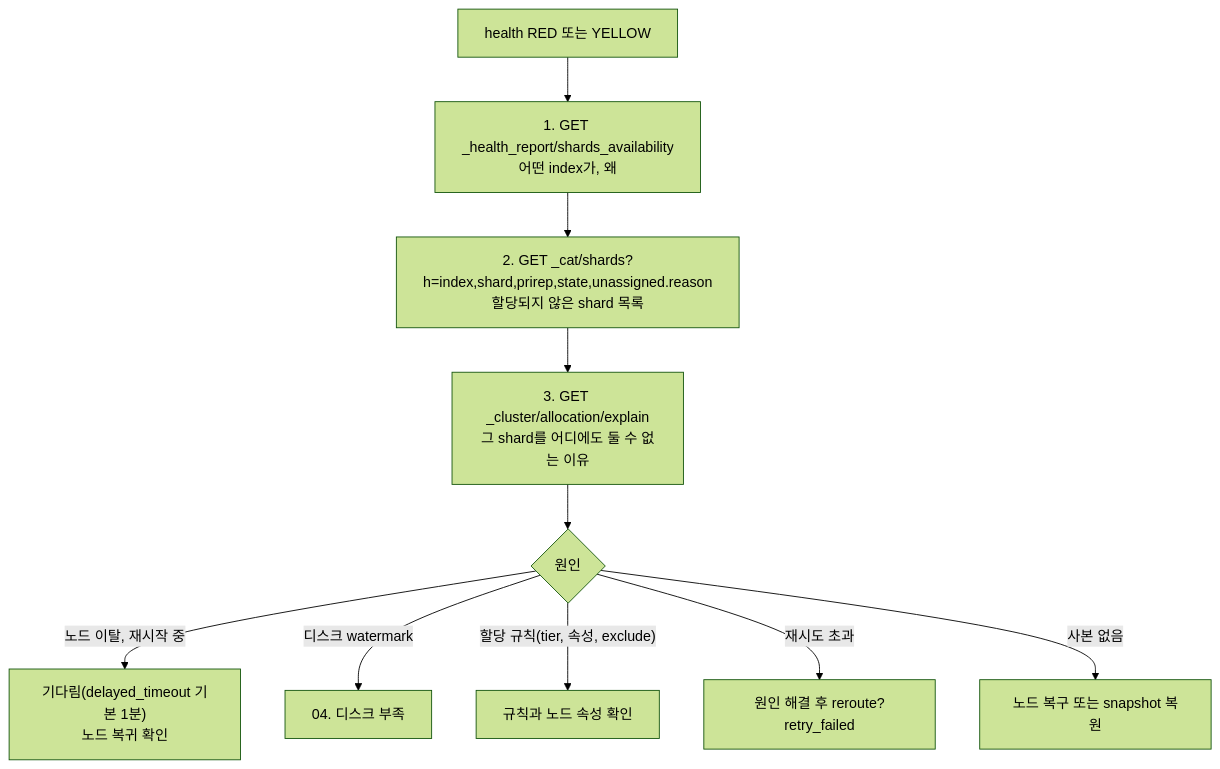
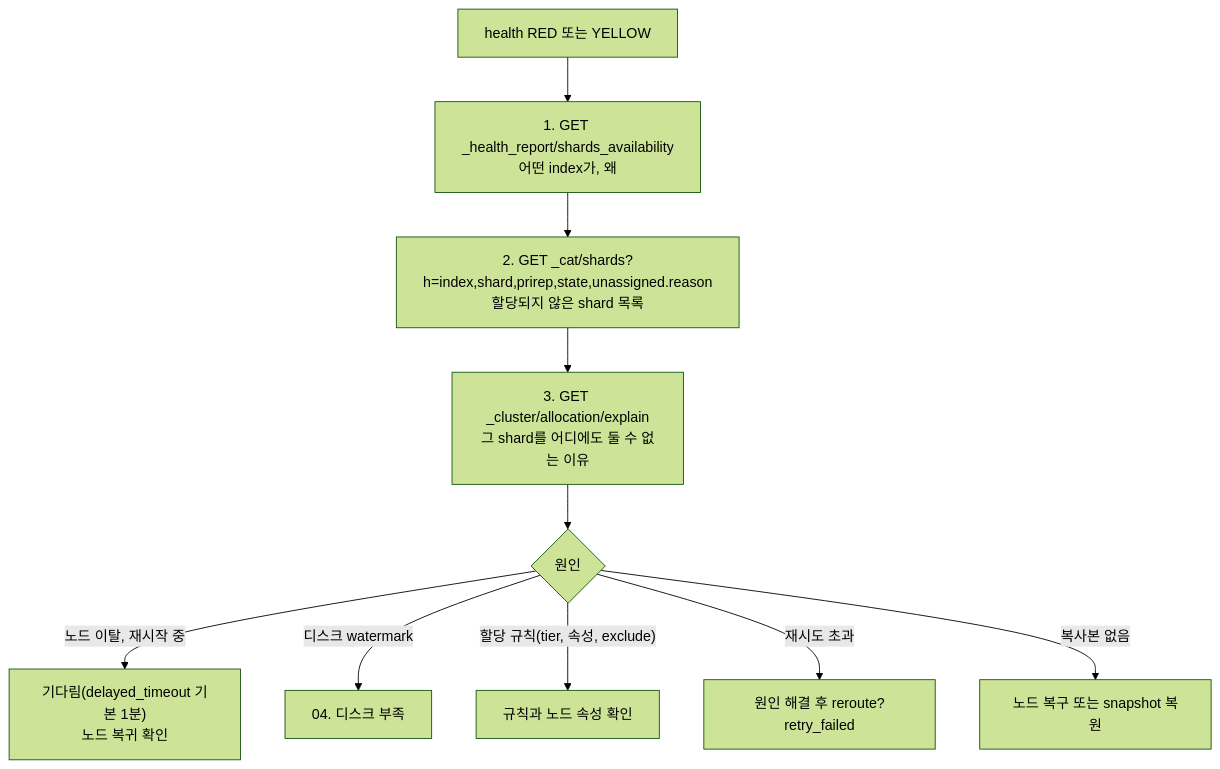
One commit to Munsik/engineering-notes changed the diagram in src/content/docs/operations/02-red-yellow.md. Above: the diagram before and after it, drawn with Mermaid (forest theme). The commit also changed other lines of this file and 65 other files, not shown here.

````diff
--- a/src/content/docs/operations/02-red-yellow.md
+++ b/src/content/docs/operations/02-red-yellow.md
@@ -27,12 +27,12 @@
 ```mermaid
 flowchart TD
     A["health RED 또는 YELLOW"] --> B["1. GET _health_report/shards_availability<br/>어떤 index가, 왜"]
     B --> C["2. GET _cat/shards?h=index,shard,prirep,state,unassigned.reason<br/>할당되지 않은 shard 목록"]
     C --> D["3. GET _cluster/allocation/explain<br/>그 shard를 어디에도 둘 수 없는 이유"]
     D --> E{"원인"}
     E -- "노드 이탈, 재시작 중" --> F["기다림(delayed_timeout 기본 1분)<br/>노드 복귀 확인"]
     E -- "디스크 watermark" --> G["04. 디스크 부족"]
     E -- "할당 규칙(tier, 속성, exclude)" --> H["규칙과 노드 속성 확인"]
     E -- "재시도 초과" --> I["원인 해결 후 reroute?retry_failed"]
-    E -- "사본 없음" --> J["노드 복구 또는 snapshot 복원"]
+    E -- "복사본 없음" --> J["노드 복구 또는 snapshot 복원"]
 ```
````
